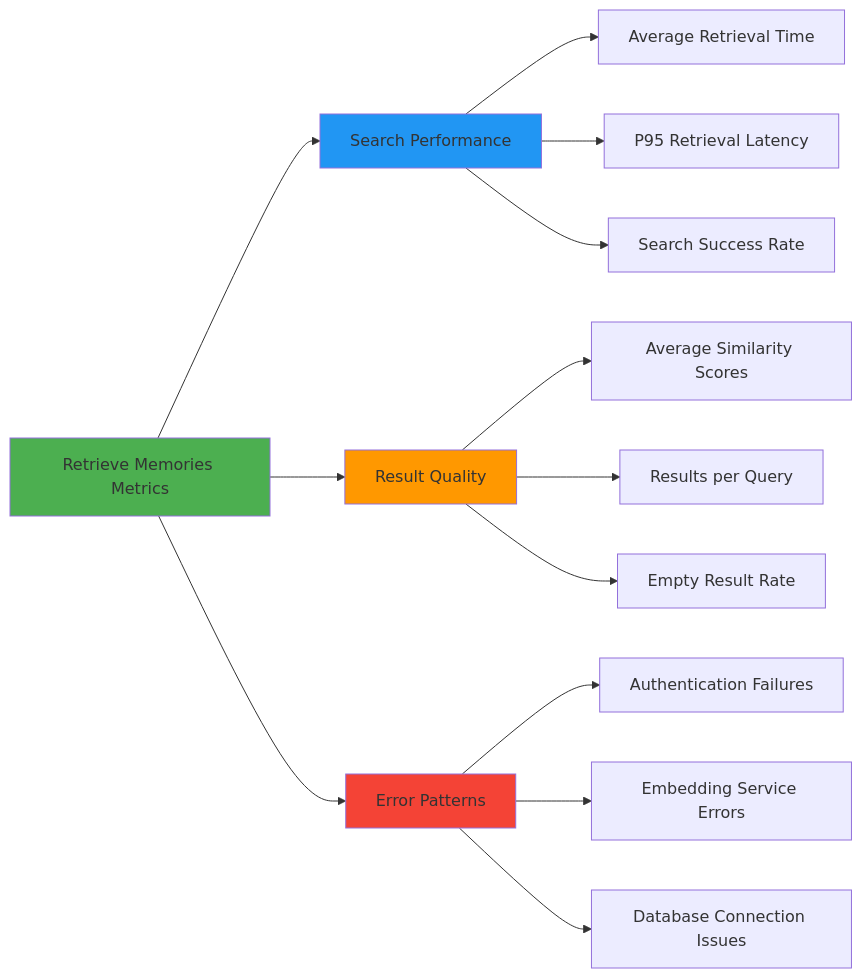
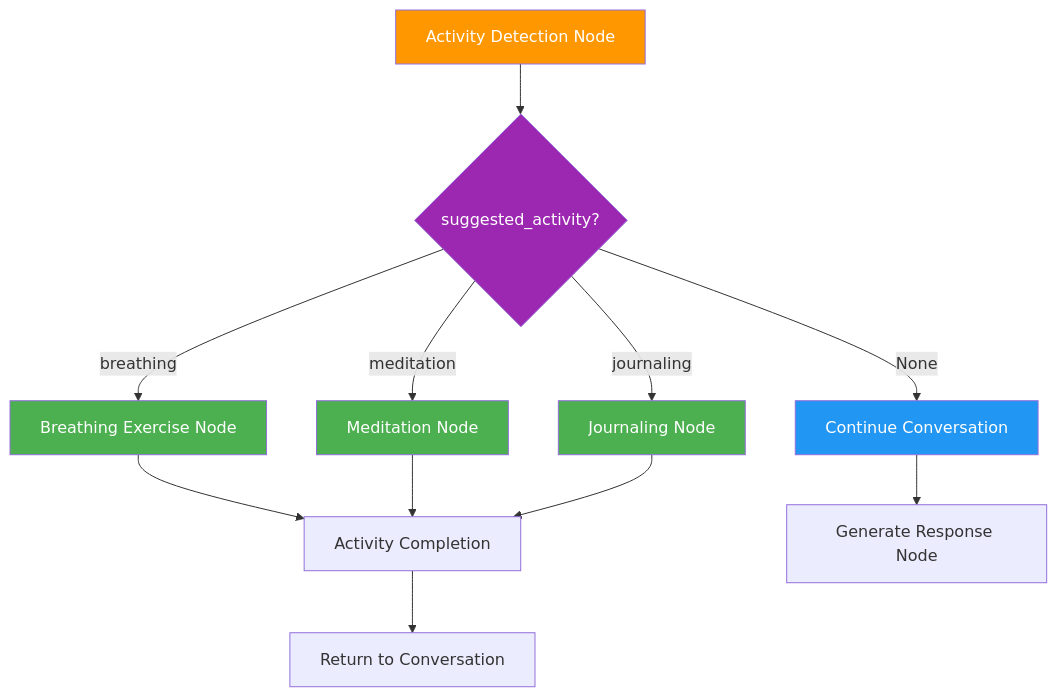
Before and after one commit to tweezerchef/Wbot: the fifth of 5 diagrams in docs/ai/langgraph.md, drawn with Mermaid. The commit also changed other lines of this file and 7 other files, not shown here.

First line of the commit message:
docs: comprehensive update of project roadmap and technical documentation

````diff
--- a/docs/ai/langgraph.md
+++ b/docs/ai/langgraph.md
@@ -479,23 +354,23 @@
 ```mermaid
-graph LR
-    A[Retrieve Memories Metrics] --> B[Search Performance]
-    A --> C[Result Quality]
-    A --> D[Error Patterns]
+graph TD
+    A[Activity Detection Node] --> B{suggested_activity?}
 
-    B --> E[Average Retrieval Time]
-    B --> F[P95 Retrieval Latency]
-    B --> G[Search Success Rate]
+    B -->|breathing| C[Breathing Exercise Node]
+    B -->|meditation| D[Meditation Node]
+    B -->|journaling| E[Journaling Node]
+    B -->|None| F[Continue Conversation]
 
-    C --> H[Average Similarity Scores]
-    C --> I[Results per Query]
-    C --> J[Empty Result Rate]
+    C --> G[Activity Completion]
+    D --> G
+    E --> G
 
-    D --> K[Authentication Failures]
-    D --> L[Embedding Service Errors]
-    D --> M[Database Connection Issues]
+    G --> H[Return to Conversation]
+    F --> I[Generate Response Node]
 
-    style A fill:#4caf50
-    style B fill:#2196f3
-    style C fill:#ff9800
-    style D fill:#f44336
+    style A fill:#ff9800,color:#fff
+    style B fill:#9c27b0,color:#fff
+    style C fill:#4caf50,color:#fff
+    style D fill:#4caf50,color:#fff
+    style E fill:#4caf50,color:#fff
+    style F fill:#2196f3,color:#fff
 ```
````
